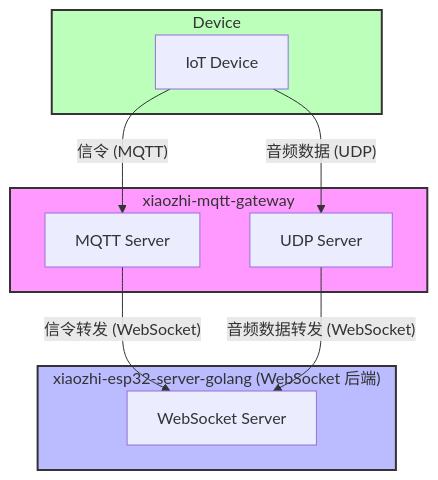
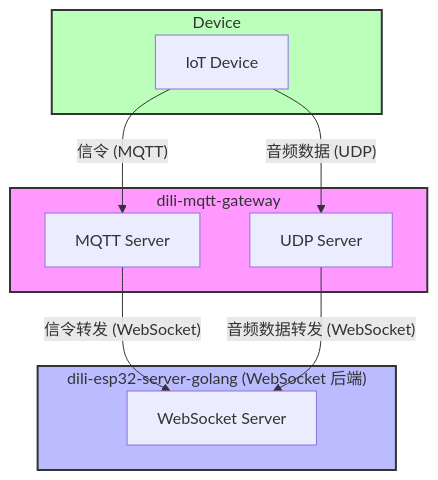
The diagram in doc/mqtt_bridge.md (artaime/dilidili), drawn with Mermaid before and after one commit. The commit also changed other lines of this file and 325 other files, not shown here.

````diff
--- a/doc/mqtt_bridge.md
+++ b/doc/mqtt_bridge.md
@@ -12,20 +12,20 @@
 ```mermaid
 flowchart TD
     subgraph Device
         A["IoT Device"]
     end
-    subgraph MQTT_UDP_Gateway["xiaozhi-mqtt-gateway"]
+    subgraph MQTT_UDP_Gateway["dili-mqtt-gateway"]
         B["MQTT Server"]
         C["UDP Server"]
     end
-    subgraph Backend["xiaozhi-esp32-server-golang (WebSocket 后端)"]
+    subgraph Backend["dili-esp32-server-golang (WebSocket 后端)"]
         D["WebSocket Server"]
     end
     A -- "信令 (MQTT)" --> B
     A -- "音频数据 (UDP)" --> C
     B -- "信令转发 (WebSocket)" --> D
     C -- "音频数据转发 (WebSocket)" --> D
     style MQTT_UDP_Gateway fill:#f9f,stroke:#333,stroke-width:2
     style Backend fill:#bbf,stroke:#333,stroke-width:2
     style Device fill:#bfb,stroke:#333,stroke-width:2
 ```
````
